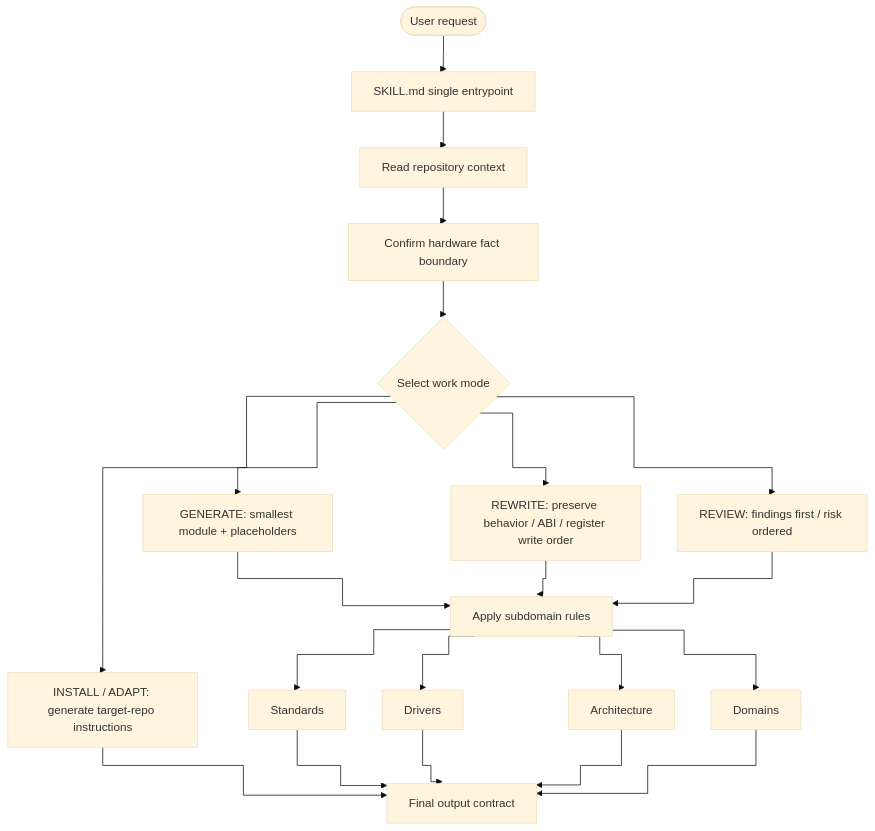
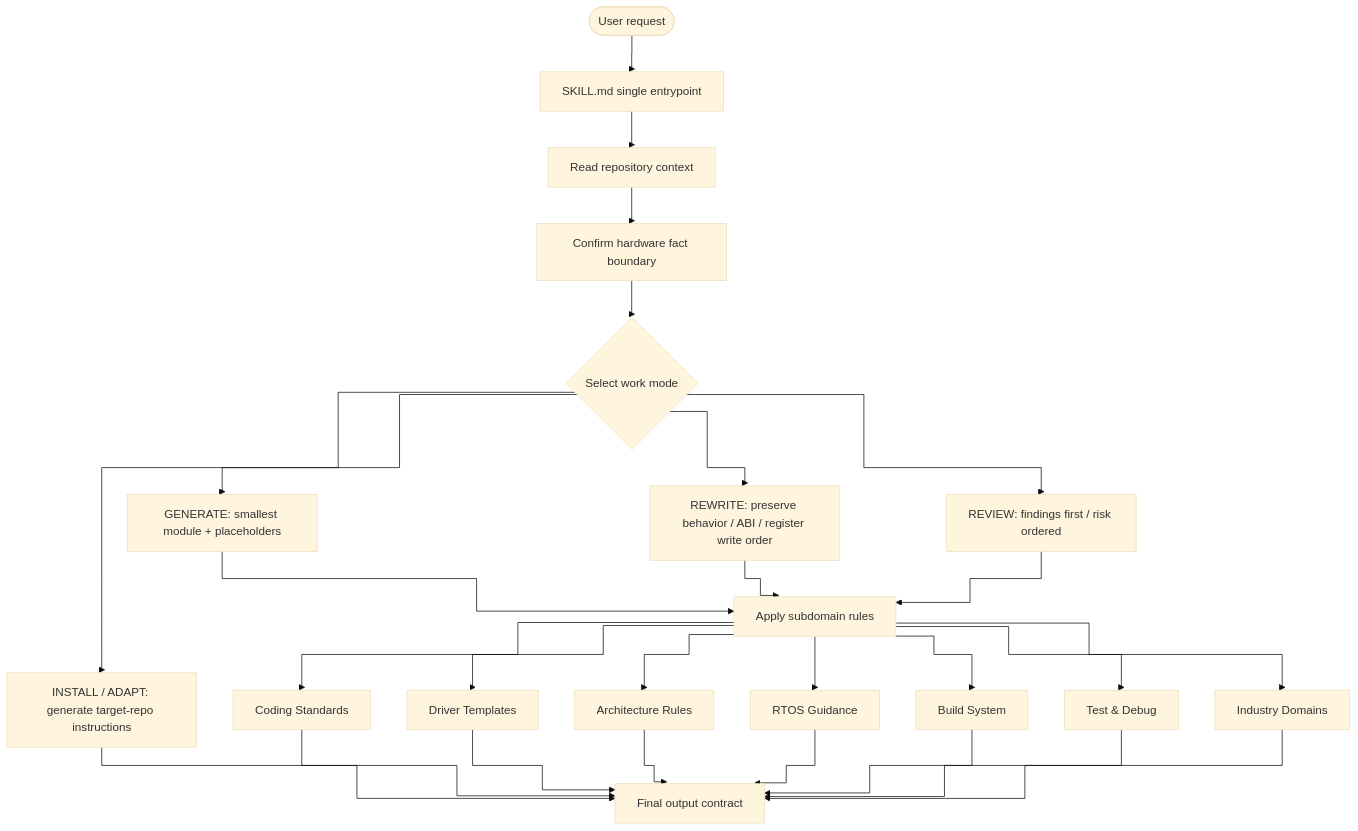
Before and after one commit to leon-2050/embedded-code-optimizer: the diagram in README_EN.md, drawn with Mermaid (base theme). The commit also changed other lines of this file and 4 other files, not shown here.

````diff
--- a/README_EN.md
+++ b/README_EN.md
@@ -59,40 +65,49 @@
 ```mermaid
 %%{init: {"flowchart": {"curve": "step"}} }%%
 flowchart TB
     A([User request])
     B[SKILL.md single entrypoint]
     C[Read repository context]
     D[Confirm hardware fact boundary]
     E{Select work mode}
     F[GENERATE: smallest module + placeholders]
     G[REWRITE: preserve behavior / ABI / register write order]
     H[REVIEW: findings first / risk ordered]
     I[INSTALL / ADAPT: generate target-repo instructions]
     J[Apply subdomain rules]
-    K[Standards]
-    L[Drivers]
-    M[Architecture]
-    N[Domains]
-    O[Final output contract]
+    K[Coding Standards]
+    L[Driver Templates]
+    M[Architecture Rules]
+    N[RTOS Guidance]
+    O[Build System]
+    P[Test & Debug]
+    Q[Industry Domains]
+    R[Final output contract]
 
     A --> B
     B --> C
     C --> D
     D --> E
     E --> F
     E --> G
     E --> H
     E --> I
     F --> J
     G --> J
     H --> J
-    I --> O
+    I --> R
     J --> K
     J --> L
     J --> M
     J --> N
-    K --> O
-    L --> O
-    M --> O
-    N --> O
+    J --> O
+    J --> P
+    J --> Q
+    K --> R
+    L --> R
+    M --> R
+    N --> R
+    O --> R
+    P --> R
+    Q --> R
 ```
````
